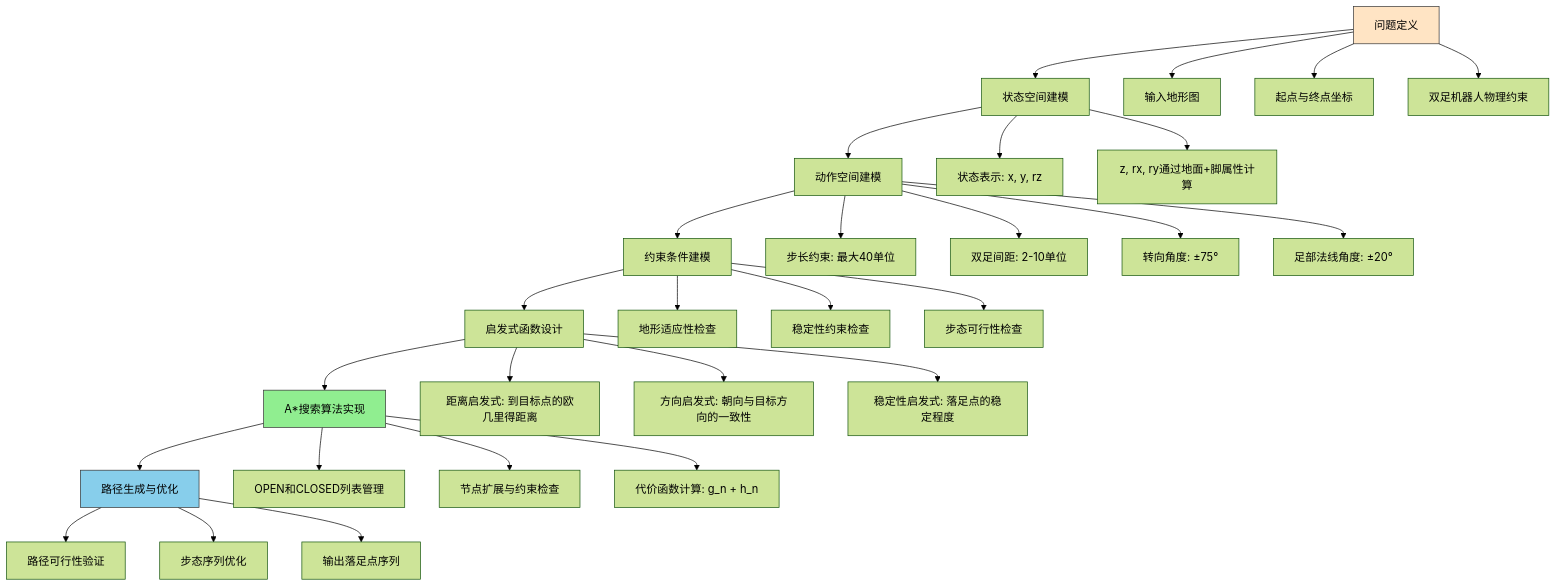
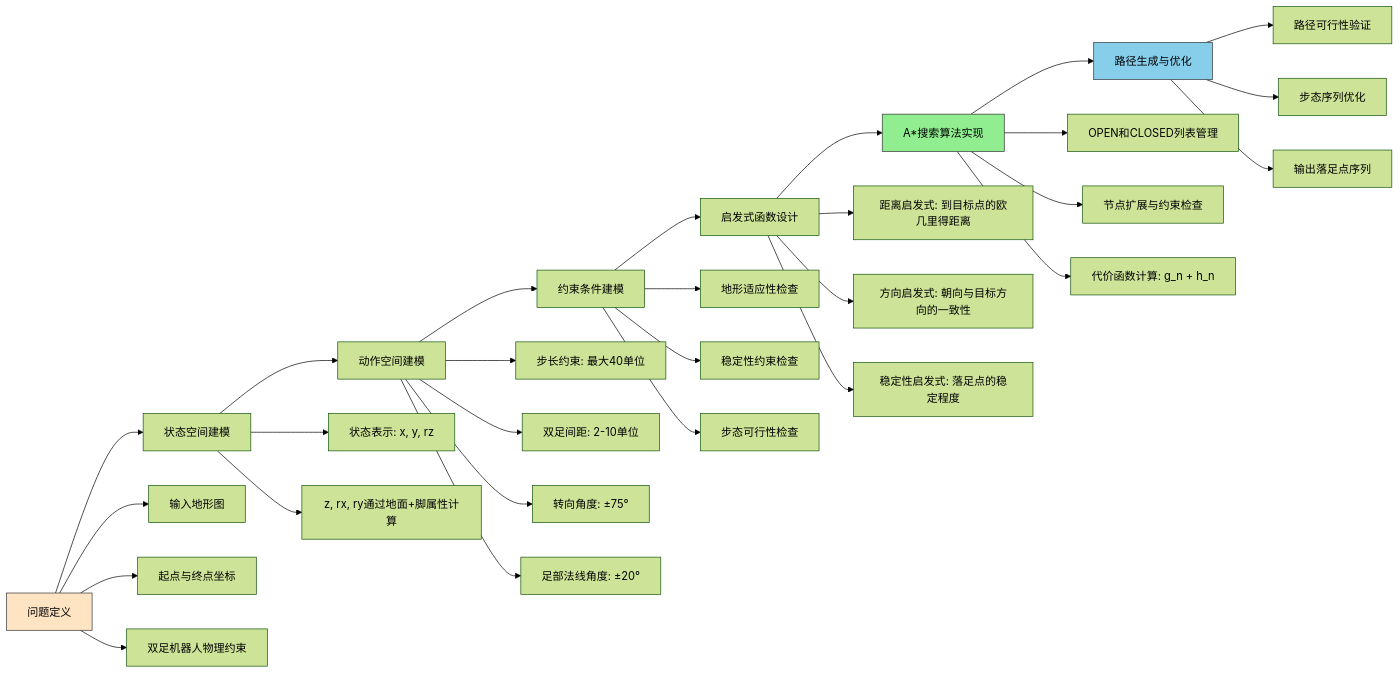
Before and after one commit to vesita/trapla: the diagram in doc/problem_flow.md, drawn with Mermaid (forest theme). The commit also changed other lines of this file and 18 other files, not shown here.

````diff
--- a/doc/problem_flow.md
+++ b/doc/problem_flow.md
@@ -5,41 +5,41 @@
 ```mermaid
-graph TD
+graph LR
     A[问题定义] --> B[状态空间建模]
     B --> C[动作空间建模]
     C --> D[约束条件建模]
     D --> E[启发式函数设计]
     E --> F[A*搜索算法实现]
     F --> G[路径生成与优化]
     
     A --> A1[输入地形图]
     A --> A2[起点与终点坐标]
     A --> A3[双足机器人物理约束]
     
     B --> B1[状态表示: x, y, rz]
     B --> B2[z, rx, ry通过地面+脚属性计算]
     
     C --> C1[步长约束: 最大40单位]
     C --> C2[双足间距: 2-10单位]
     C --> C3[转向角度: ±75°]
     C --> C4[足部法线角度: ±20°]
     
     D --> D1[地形适应性检查]
     D --> D2[稳定性约束检查]
     D --> D3[步态可行性检查]
     
     E --> E1[距离启发式: 到目标点的欧几里得距离]
     E --> E2[方向启发式: 朝向与目标方向的一致性]
     E --> E3[稳定性启发式: 落足点的稳定程度]
     
     F --> F1[OPEN和CLOSED列表管理]
     F --> F2[节点扩展与约束检查]
     F --> F3[代价函数计算: g_n + h_n]
     
     G --> G1[路径可行性验证]
     G --> G2[步态序列优化]
     G --> G3[输出落足点序列]
     
     style A fill:#ffe4c4,stroke:#333
     style F fill:#90ee90,stroke:#333
     style G fill:#87ceeb,stroke:#333
 ```
````
